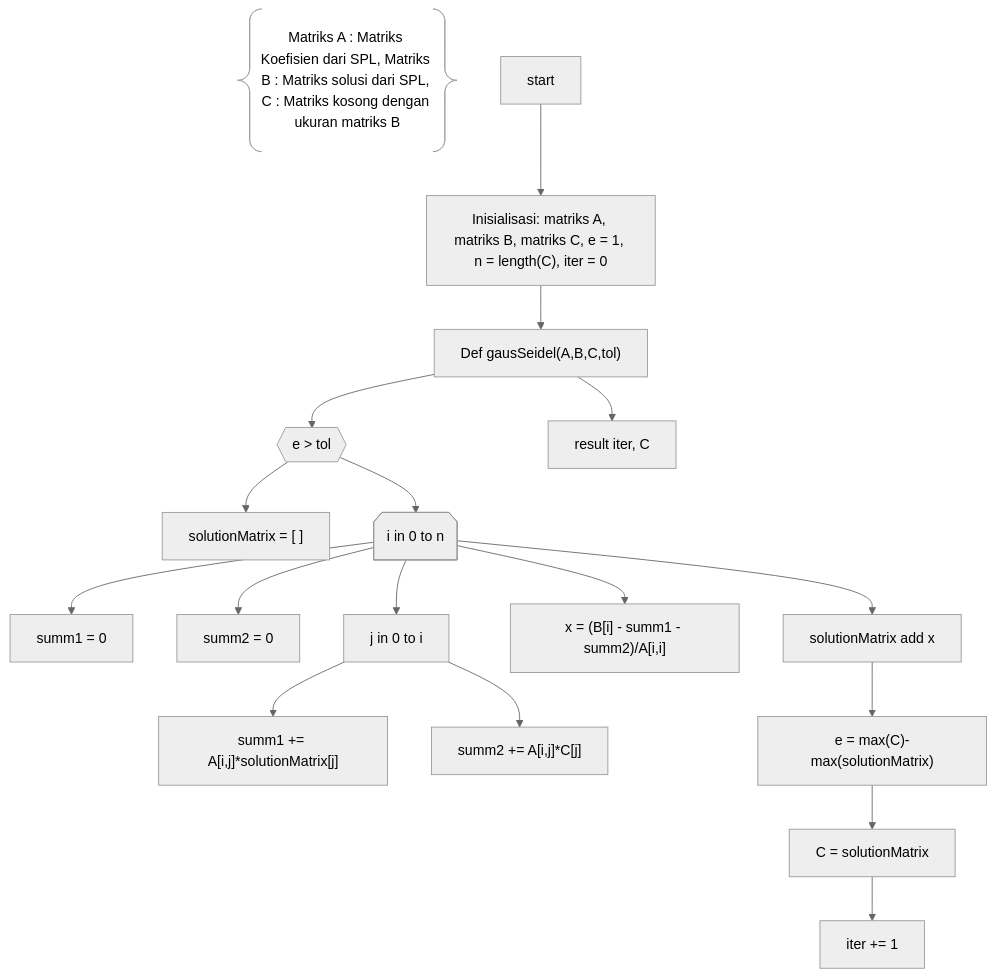
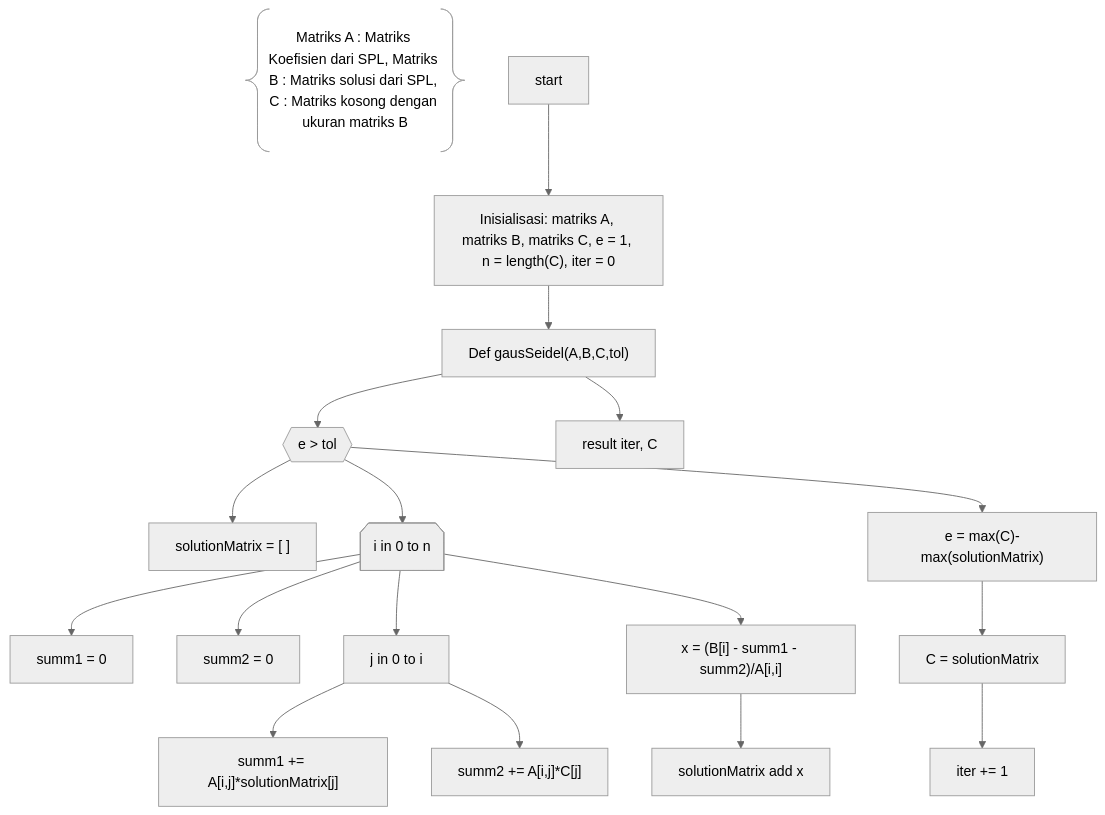
Before and after one commit to aslabkomfis/Komputasi-Numerik-24-25: the diagram in Modul-3/metode-gauss-seidel.mmd, drawn with Mermaid (neutral theme).

```diff
--- a/Modul-3/metode-gauss-seidel.mmd
+++ b/Modul-3/metode-gauss-seidel.mmd
@@ -1,18 +1,18 @@
 flowchart TD;
     Z@{ shape: braces, label: "Matriks A : Matriks Koefisien dari SPL, Matriks B : Matriks solusi dari SPL, C : Matriks kosong dengan ukuran matriks B" }
     A[start] --> B["Inisialisasi: matriks A, matriks B, matriks C, e = 1, n = length(C), iter = 0"] 
     B --> X["Def gausSeidel(A,B,C,tol)"]
     X --> C{{"e > tol"}}
     C --> D["solutionMatrix = [ ]"]
     C --> E@{shape: notch-pent, label: "i in 0 to n"}
     E --> F["summ1 = 0"]
     E --> G["summ2 = 0"]
     E --> H["j in 0 to i"]
     H --> I["summ1 += A[i,j]*solutionMatrix[j]"]
     H --> K["summ2 += A[i,j]*C[j]"]
     E --> L["x = (B[i] - summ1 - summ2)/A[i,i]"]
-    E --> M["solutionMatrix add x"]
-    M --> N["e = max(C)-max(solutionMatrix)"]
+    L --> M["solutionMatrix add x"]
+    C --> N["e = max(C)-max(solutionMatrix)"]
     N --> P["C = solutionMatrix"]
     P --> Q["iter += 1"]
     X --> R["result iter, C"]
```
